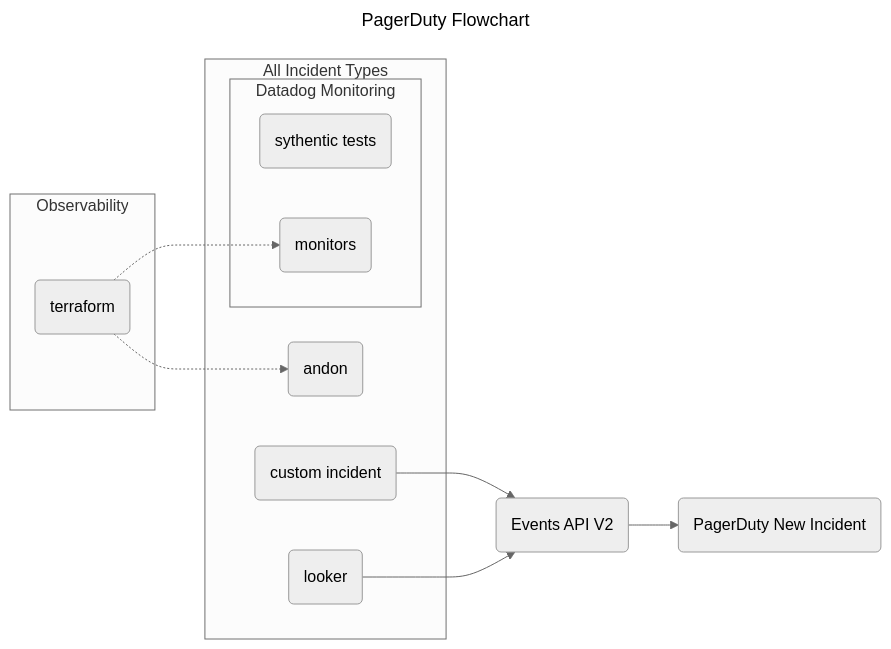
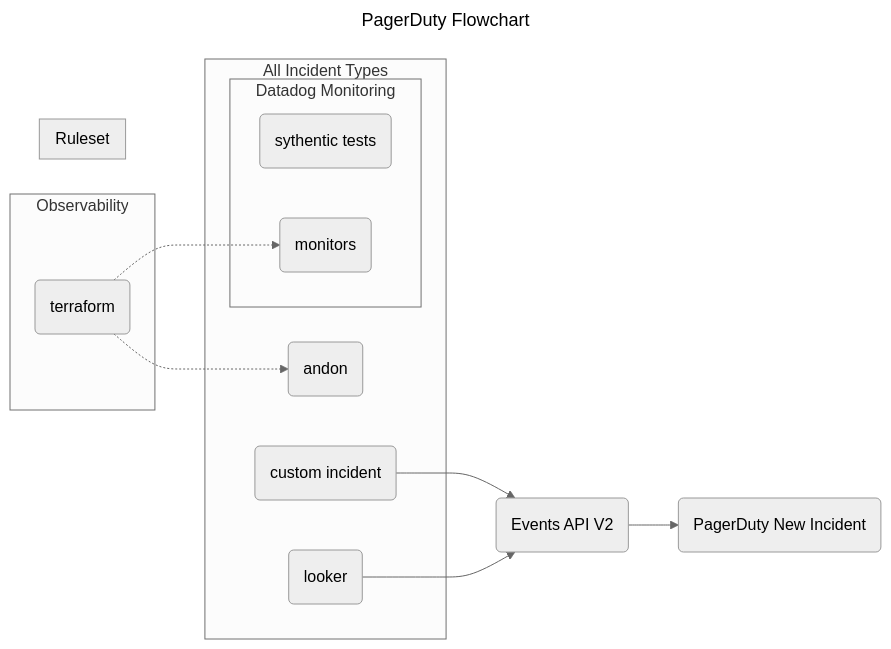
Before and after one commit to jessicahirsch/Mermaid-Diagrams: the diagram in diagrams/diagram2.mmd, drawn with Mermaid (neutral theme).

Commit message:
feat: new Ruleset subgraph

```diff
--- a/diagrams/diagram2.mmd
+++ b/diagrams/diagram2.mmd
@@ -1,27 +1,30 @@
 ---
 title: PagerDuty Flowchart
 ---
 flowchart LR
 
 subgraph Observability
     A(terraform)
 end
 
 subgraph All Incident Types
     subgraph Datadog Monitoring
         B(sythentic tests)
         A(terraform)-.->C(monitors)
     end
     D(andon)
     A(terraform)-.->D(andon)
     E(custom incident)
     F(looker)
 end
 
 E(custom incident)-->G(Events API V2)
 F(looker)-->G(Events API 2)
 
 G(Events API V2)-->H(PagerDuty New Incident)
 
+subgraph Ruleset
+end
+
 %% style A fill:#f9f,stroke:#333,stroke-width:4px
 %% style Observability font-weight:bold
```
